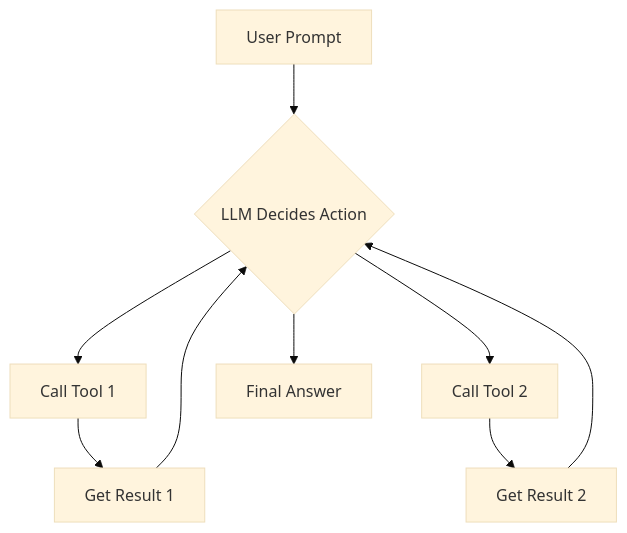
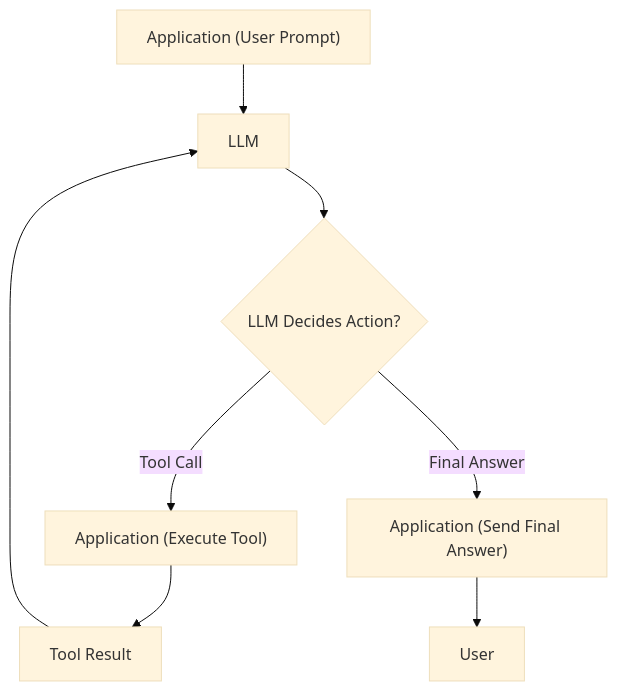
The second of 2 diagrams in lessons/06_tools/article.md (shoaibkhanz/agentic-ai-engineering-course), drawn with Mermaid (base theme) before and after one commit. The commit also changed other lines of this file and 1 other file, not shown here.

````diff
--- a/lessons/06_tools/article.md
+++ b/lessons/06_tools/article.md
@@ -461,11 +364,10 @@
 ```mermaid
 graph TD
-    A[User Prompt] --> B{LLM Decides Action};
-    B --> C[Call Tool 1];
-    C --> D[Get Result 1];
-    D --> B;
-    B --> E[Call Tool 2];
-    E --> F[Get Result 2];
-    F --> B;
-    B --> G[Final Answer];
+    A["Application (User Prompt)"] --> B["LLM"]
+    B --> C{"LLM Decides Action?"}
+    C -->|"Tool Call"| D["Application (Execute Tool)"]
+    D --> E["Tool Result"]
+    E --> B
+    C -->|"Final Answer"| F["Application (Send Final Answer)"]
+    F --> G["User"]
 ```
````
